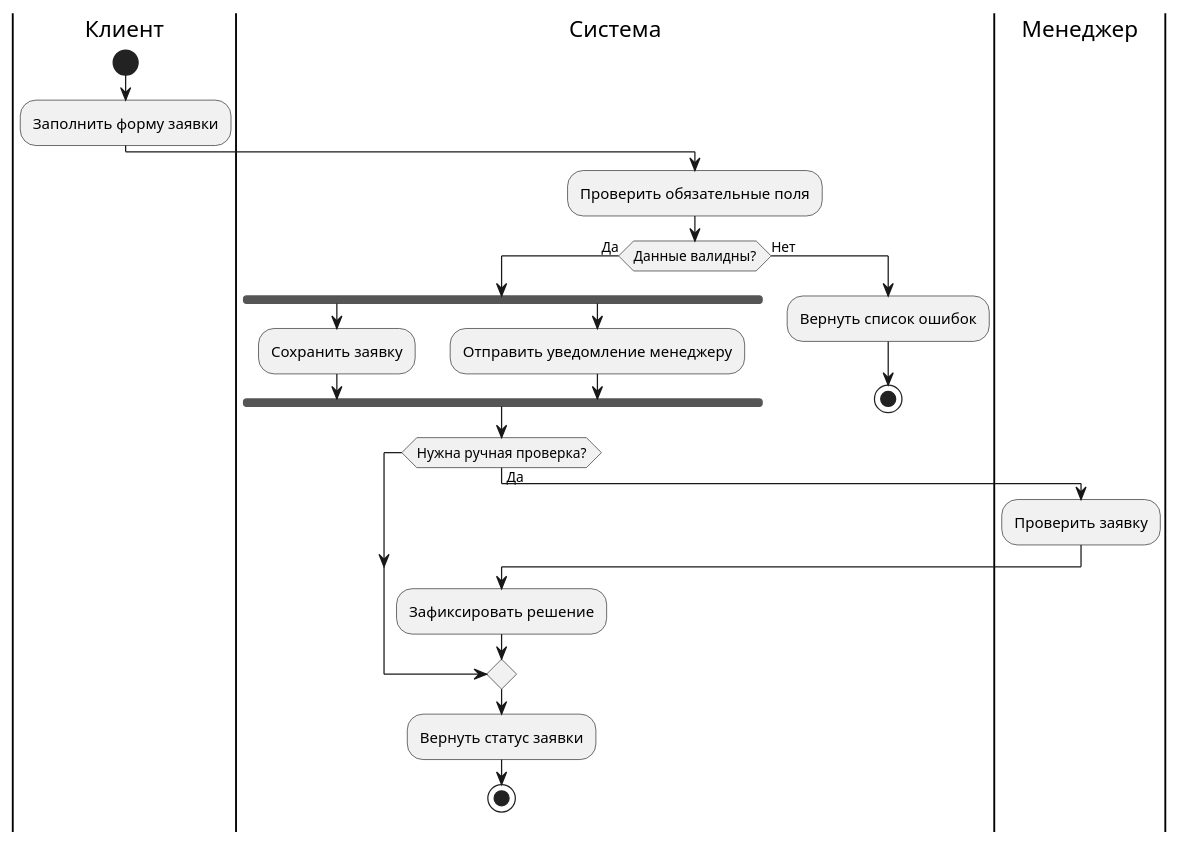
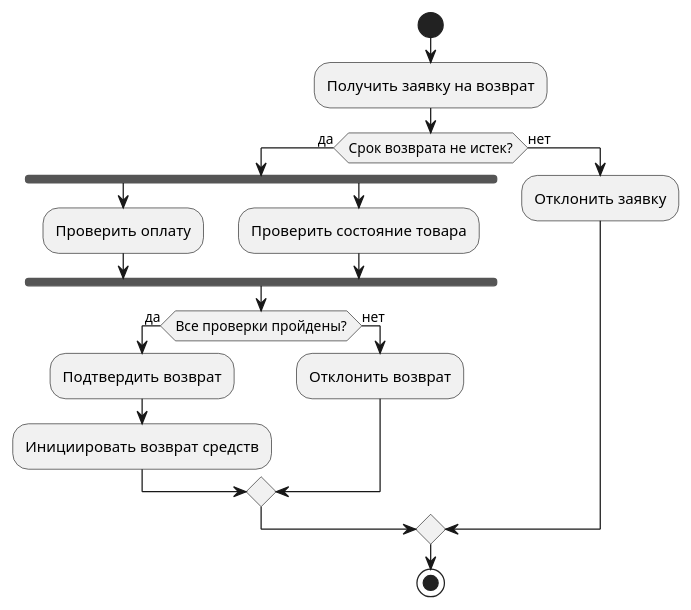
The diagram in docs/notations/uml/activity.md (iwizy/analyst_kb), drawn with PlantUML before and after one commit. The commit also changed other lines of this file and 20 other files, not shown here.

````diff
--- a/docs/notations/uml/activity.md
+++ b/docs/notations/uml/activity.md
@@ -30,27 +38,22 @@
 ```kroki-plantuml
 @startuml
-|Клиент|
 start
-:Заполнить форму заявки;
-|Система|
-:Проверить обязательные поля;
-if (Данные валидны?) then (Да)
+:Получить заявку на возврат;
+if (Срок возврата не истек?) then (да)
   fork
-    :Сохранить заявку;
+    :Проверить оплату;
   fork again
-    :Отправить уведомление менеджеру;
+    :Проверить состояние товара;
   end fork
-  if (Нужна ручная проверка?) then (Да)
-    |Менеджер|
-    :Проверить заявку;
-    |Система|
-    :Зафиксировать решение;
+  if (Все проверки пройдены?) then (да)
+    :Подтвердить возврат;
+    :Инициировать возврат средств;
+  else (нет)
+    :Отклонить возврат;
   endif
-  :Вернуть статус заявки;
-  stop
-else (Нет)
-  :Вернуть список ошибок;
-  stop
+else (нет)
+  :Отклонить заявку;
 endif
+stop
 @enduml
 ```
````
